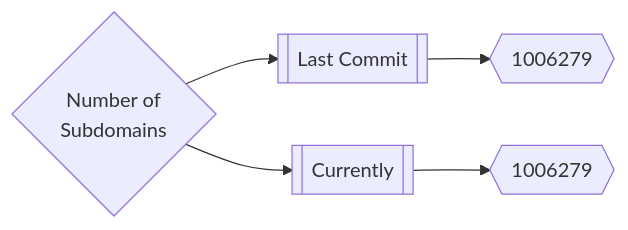
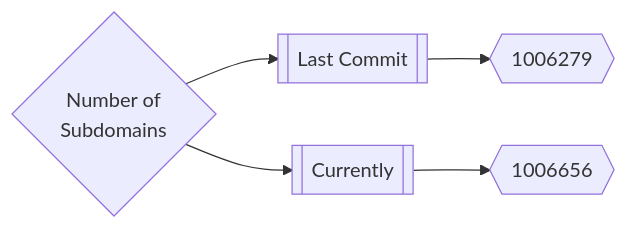
Before and after one commit to trickest/inventory: the first of 3 diagrams in README.md, drawn with Mermaid. The commit also changed other lines of this file, not shown here.

````diff
--- a/README.md
+++ b/README.md
@@ -167,5 +167,5 @@
 ```mermaid
 graph LR
 title{Number of<br>Subdomains} --> subdomainsDate1[[Last Commit]] --> subdomainsNum1{{1006279}}
-title --> subdomainsDate2[[Currently]] --> subdomainsNum2{{1006279}}
+title --> subdomainsDate2[[Currently]] --> subdomainsNum2{{1006656}}
 ```
````
